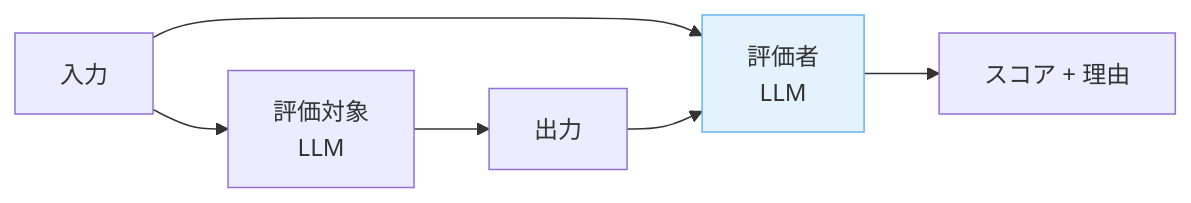
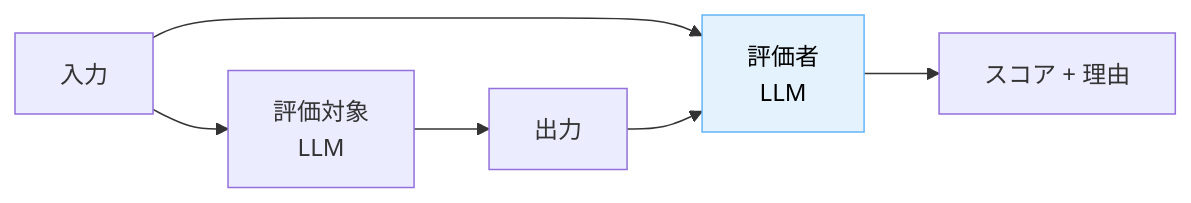
The second of 2 diagrams in docs/concepts/eval-driven-development-llm-機能開発は評価から始める.md (dinekt/dinekt-wiki), drawn with Mermaid before and after one commit. The commit also changed other lines of this file and 71 other files, not shown here.

First line of the commit message:
fix: mermaid readability + remove GitHub repo toolbar

````diff
--- a/docs/concepts/eval-driven-development-llm-機能開発は評価から始める.md
+++ b/docs/concepts/eval-driven-development-llm-機能開発は評価から始める.md
@@ -59,10 +59,10 @@
 ```mermaid
 flowchart LR
     I[入力] --> M[評価対象<br/>LLM]
     M --> O[出力]
     I --> J[評価者<br/>LLM]
     O --> J
     J --> S[スコア + 理由]
 
-    style J fill:#e3f2fd,stroke:#64b5f6
+    style J fill:#e3f2fd,stroke:#64b5f6,color:#000
 ```
````
